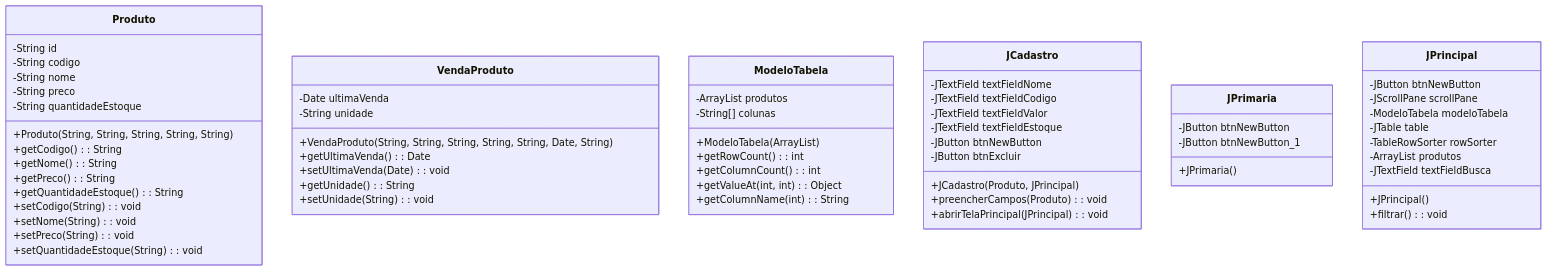
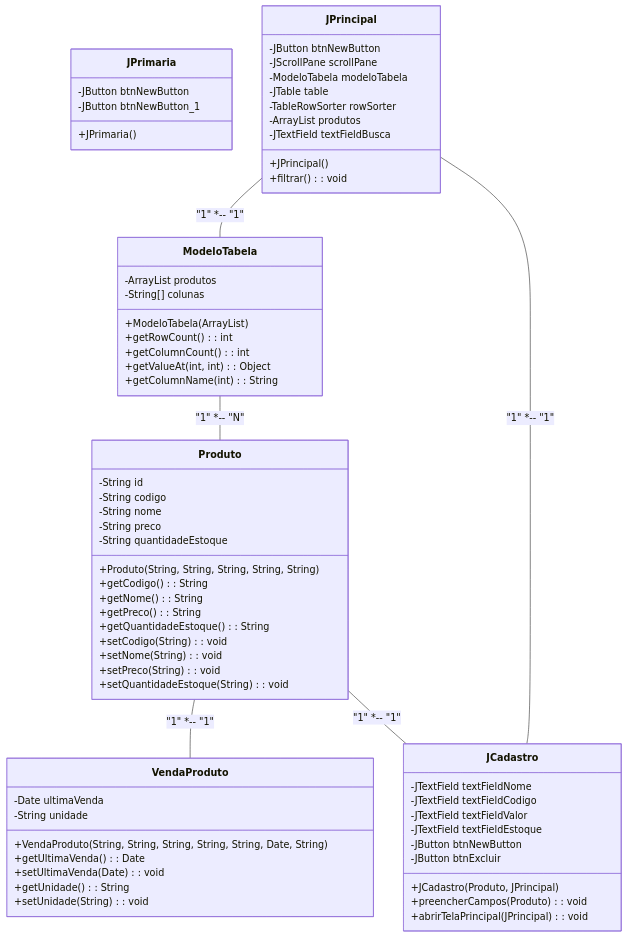
The diagram in README.md (paulorpgomes/UMLPDV), drawn with Mermaid before and after one commit.

````diff
--- a/README.md
+++ b/README.md
@@ -3,75 +3,81 @@
 ```mermaid
 classDiagram
   class Produto {
     -String id
     -String codigo
     -String nome
     -String preco
     -String quantidadeEstoque
 
     +Produto(String, String, String, String, String)
     +getCodigo(): String
     +getNome(): String
     +getPreco(): String
     +getQuantidadeEstoque(): String
     +setCodigo(String): void
     +setNome(String): void
     +setPreco(String): void
     +setQuantidadeEstoque(String): void
   }
 
   class VendaProduto {
     -Date ultimaVenda
     -String unidade
 
     +VendaProduto(String, String, String, String, String, Date, String)
     +getUltimaVenda(): Date
     +setUltimaVenda(Date): void
     +getUnidade(): String
     +setUnidade(String): void
   }
 
   class ModeloTabela {
     -ArrayList<Produto> produtos
     -String[] colunas
 
     +ModeloTabela(ArrayList<Produto>)
     +getRowCount(): int
     +getColumnCount(): int
     +getValueAt(int, int): Object
     +getColumnName(int): String
   }
 
   class JCadastro {
     -JTextField textFieldNome
     -JTextField textFieldCodigo
     -JTextField textFieldValor
     -JTextField textFieldEstoque
     -JButton btnNewButton
     -JButton btnExcluir
 
     +JCadastro(Produto, JPrincipal)
     +preencherCampos(Produto): void
     +abrirTelaPrincipal(JPrincipal): void
   }
 
   class JPrimaria {
     -JButton btnNewButton
     -JButton btnNewButton_1
 
     +JPrimaria()
   }
 
   class JPrincipal {
     -JButton btnNewButton
     -JScrollPane scrollPane
     -ModeloTabela modeloTabela
     -JTable table
     -TableRowSorter<ModeloTabela> rowSorter
     -ArrayList<Produto> produtos
     -JTextField textFieldBusca
 
     +JPrincipal()
     +filtrar(): void
   }
+
+  Produto -- VendaProduto: "1" *-- "1"
+  Produto -- JCadastro: "1" *-- "1"
+  ModeloTabela -- Produto: "1" *-- "N"
+  JPrincipal -- ModeloTabela: "1" *-- "1"
+  JPrincipal -- JCadastro: "1" *-- "1"
 ```
````
